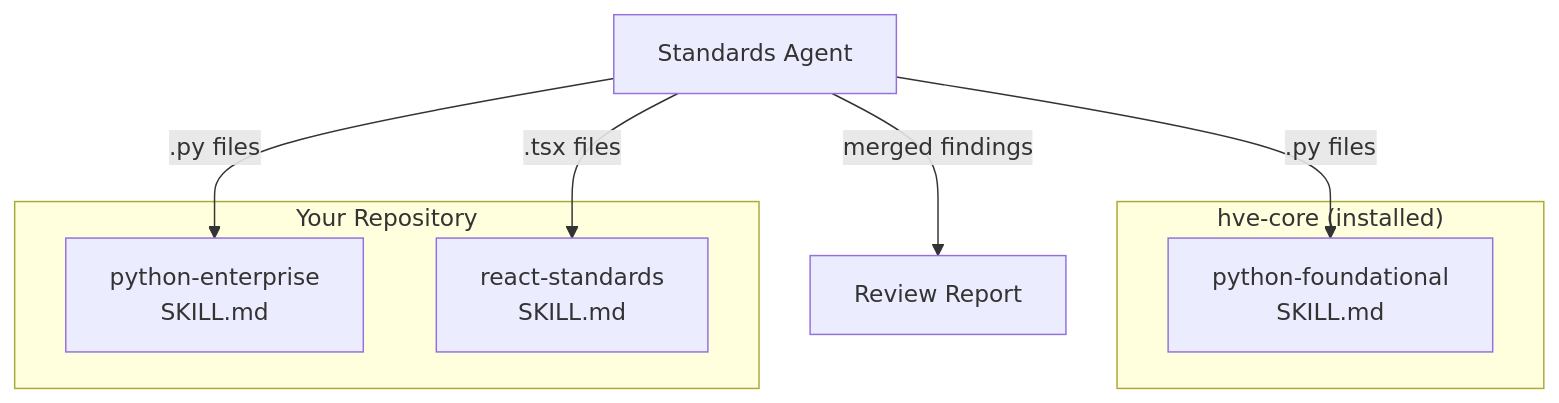
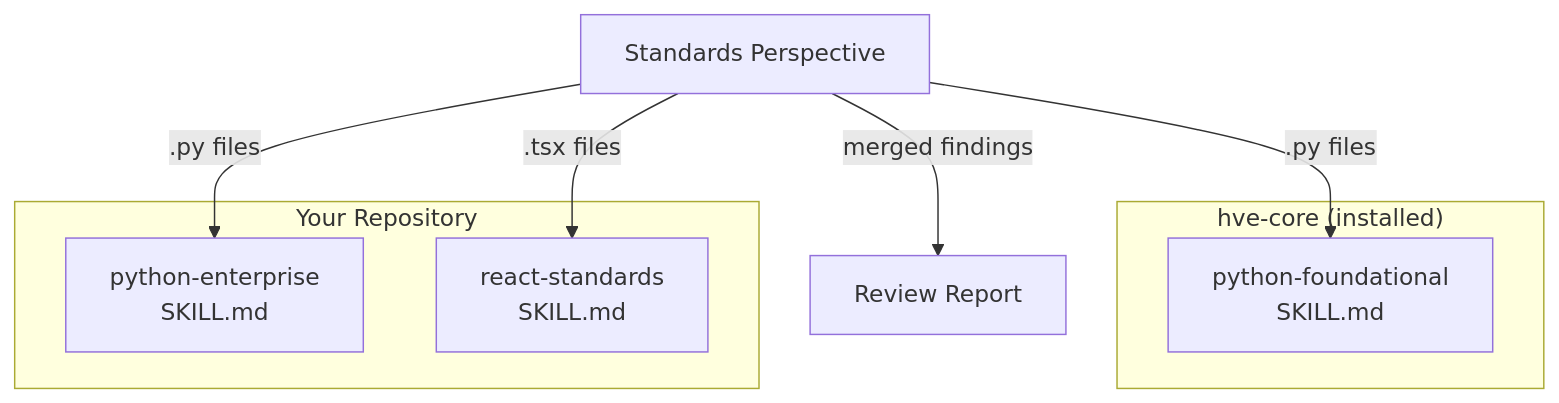
The second of 2 diagrams in docs/agents/code-review/language-skills.md (microsoft/hve-core), drawn with Mermaid before and after one commit. The commit also changed other lines of this file and 87 other files, not shown here.

````diff
--- a/docs/agents/code-review/language-skills.md
+++ b/docs/agents/code-review/language-skills.md
@@ -142,16 +124,16 @@
 ```mermaid
 flowchart TD
   subgraph "hve-core (installed)"
     A["python-foundational<br/>SKILL.md"]
   end
 
   subgraph "Your Repository"
     B["python-enterprise<br/>SKILL.md"]
     C["react-standards<br/>SKILL.md"]
   end
 
-  D["Standards Agent"]
+  D["Standards Perspective"]
   D -->|".py files"| A & B
   D -->|".tsx files"| C
   D -->|"merged findings"| E["Review Report"]
 ```
````
